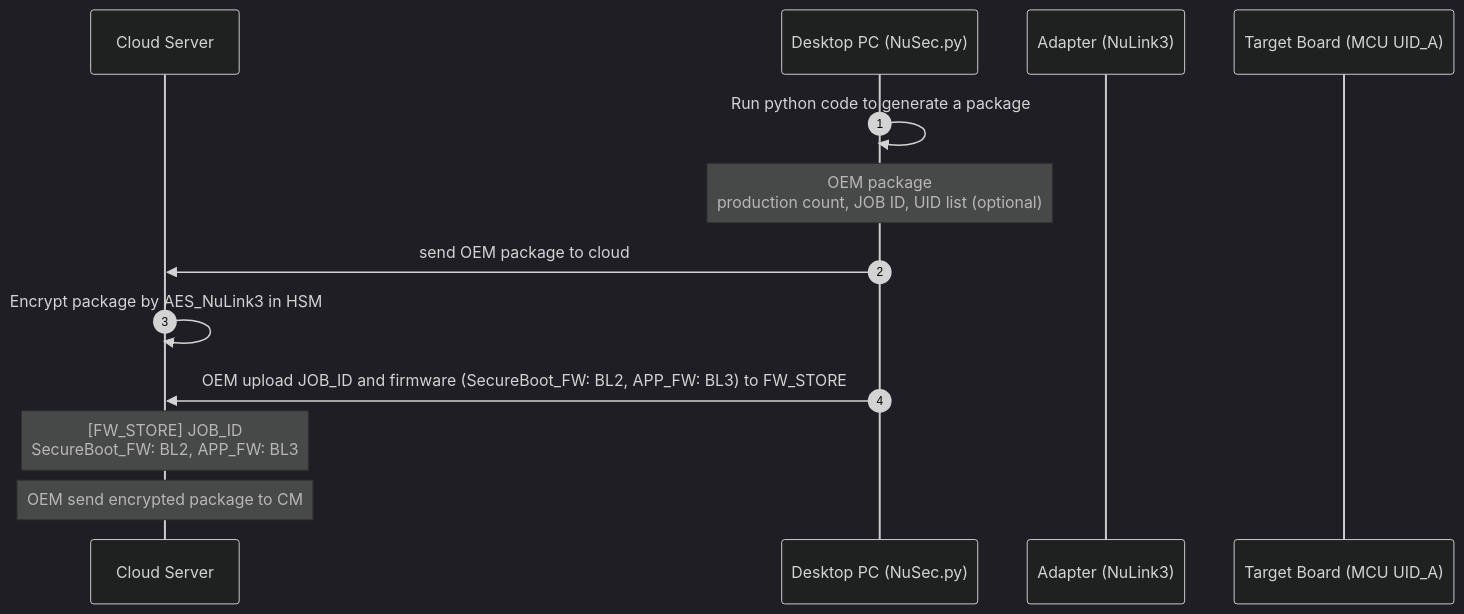
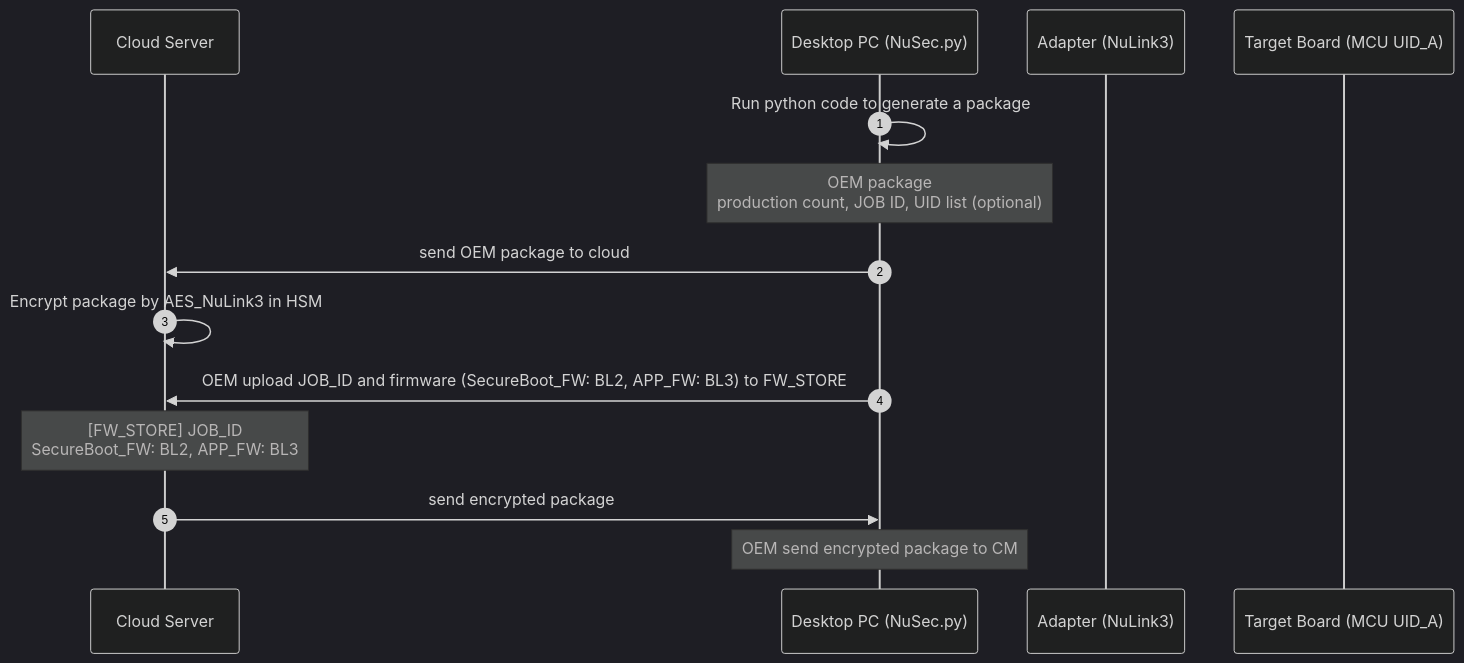
Before and after one commit to ccma1120/NuSEC_System: the diagram in 2. package_export.md, drawn with Mermaid (dark theme).

Commit message:
Update 2. package_export.md

````diff
--- a/2. package_export.md
+++ b/2. package_export.md
@@ -2,15 +2,16 @@
 ```mermaid
 sequenceDiagram
     autonumber
 	participant c as Cloud Server
 	participant d as Desktop PC (NuSec.py)
 	participant a as Adapter (NuLink3)
 	participant t as Target Board (MCU UID_A)
     d ->> d: Run python code to generate a package 
     note over d: OEM package <br/> production count, JOB ID, UID list (optional)
     d ->> c: send OEM package to cloud
     c ->> c: Encrypt package by AES_NuLink3 in HSM
     d ->> c: OEM upload JOB_ID and firmware (SecureBoot_FW: BL2, APP_FW: BL3) to FW_STORE
     note over c: [FW_STORE] JOB_ID <br/>SecureBoot_FW: BL2, APP_FW: BL3
-    note over c: OEM send encrypted package to CM 
+    c ->> d: send encrypted package
+    note over d: OEM send encrypted package to CM 
 ```
````
